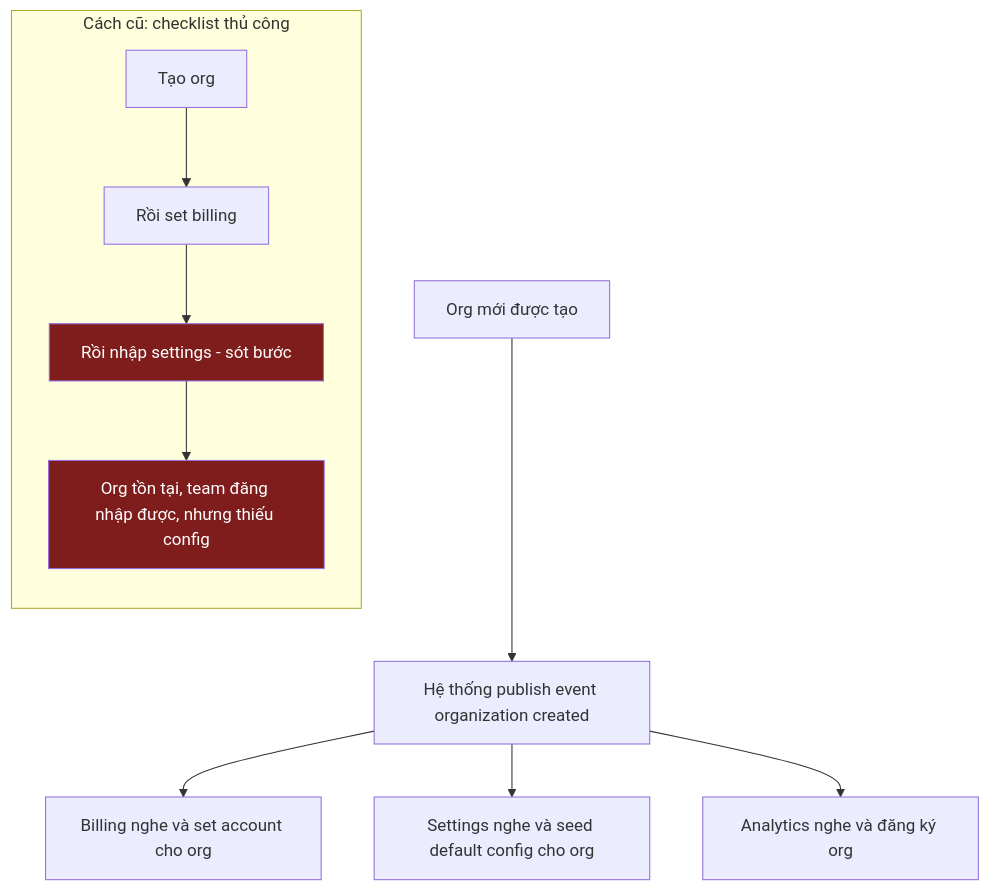
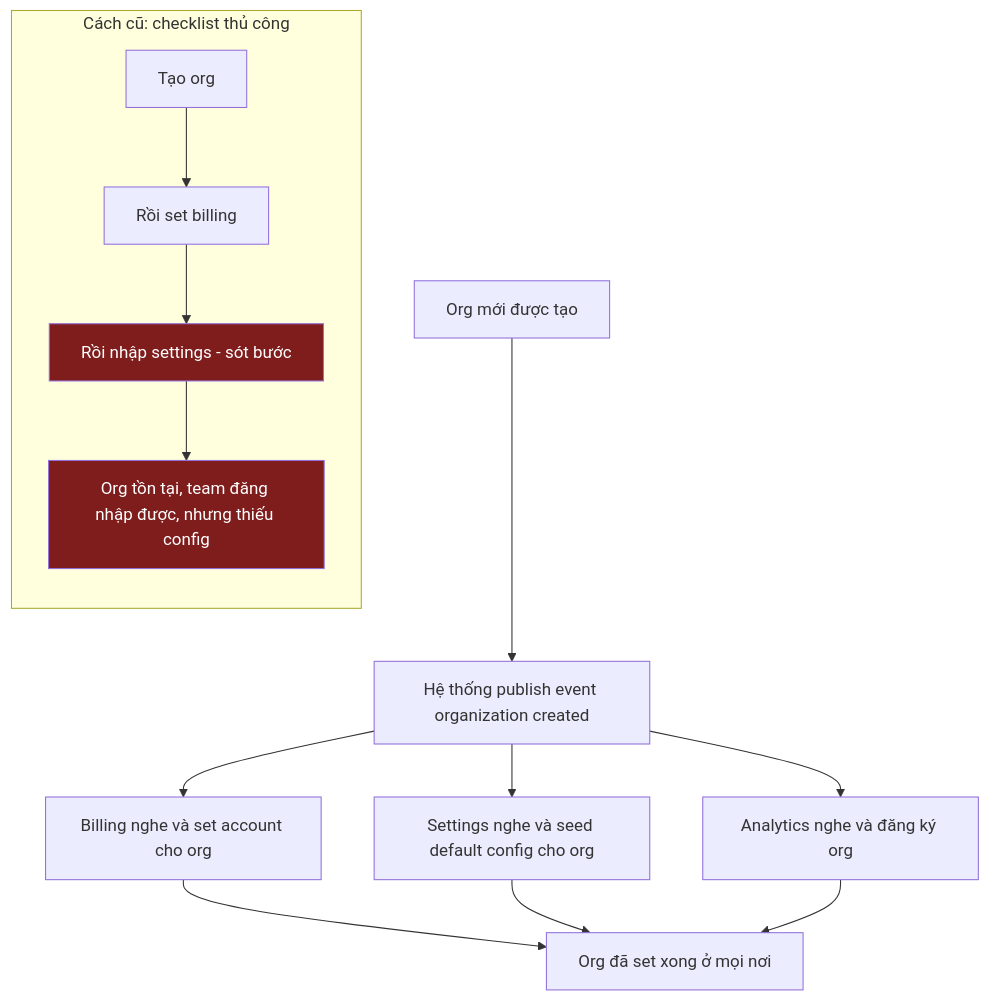
Before and after one commit to vtuanjs/vtuanjs.github.io: the diagram in src/content/product/vi/tao-organization-tu-dong-thiet-lap.md, drawn with Mermaid. The commit also changed 13 other files, not shown here.

````diff
--- a/src/content/product/vi/tao-organization-tu-dong-thiet-lap.md
+++ b/src/content/product/vi/tao-organization-tu-dong-thiet-lap.md
@@ -47,14 +47,17 @@
 ```mermaid
 flowchart TB
   A[Org mới được tạo] --> R[Hệ thống publish event organization created]
   R --> B[Billing nghe và set account cho org]
   R --> S[Settings nghe và seed default config cho org]
   R --> AN[Analytics nghe và đăng ký org]
+  B --> D[Org đã set xong ở mọi nơi]
+  S --> D
+  AN --> D
   subgraph Old["Cách cũ: checklist thủ công"]
     direction TB
     H[Tạo org] --> C1[Rồi set billing]
     C1 --> C2[Rồi nhập settings - sót bước]:::bad
     C2 --> X[Org tồn tại, team đăng nhập được, nhưng thiếu config]:::bad
   end
   classDef bad fill:#7f1d1d,color:#fff
 ```
````
